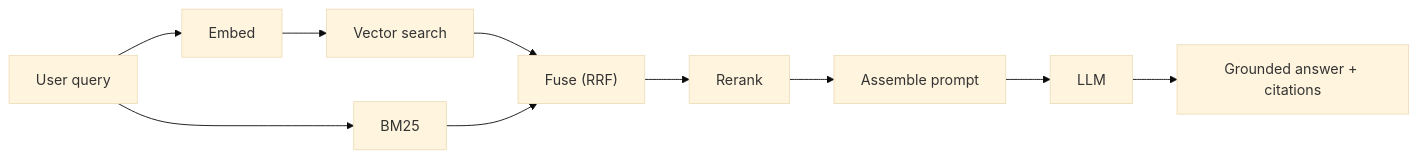
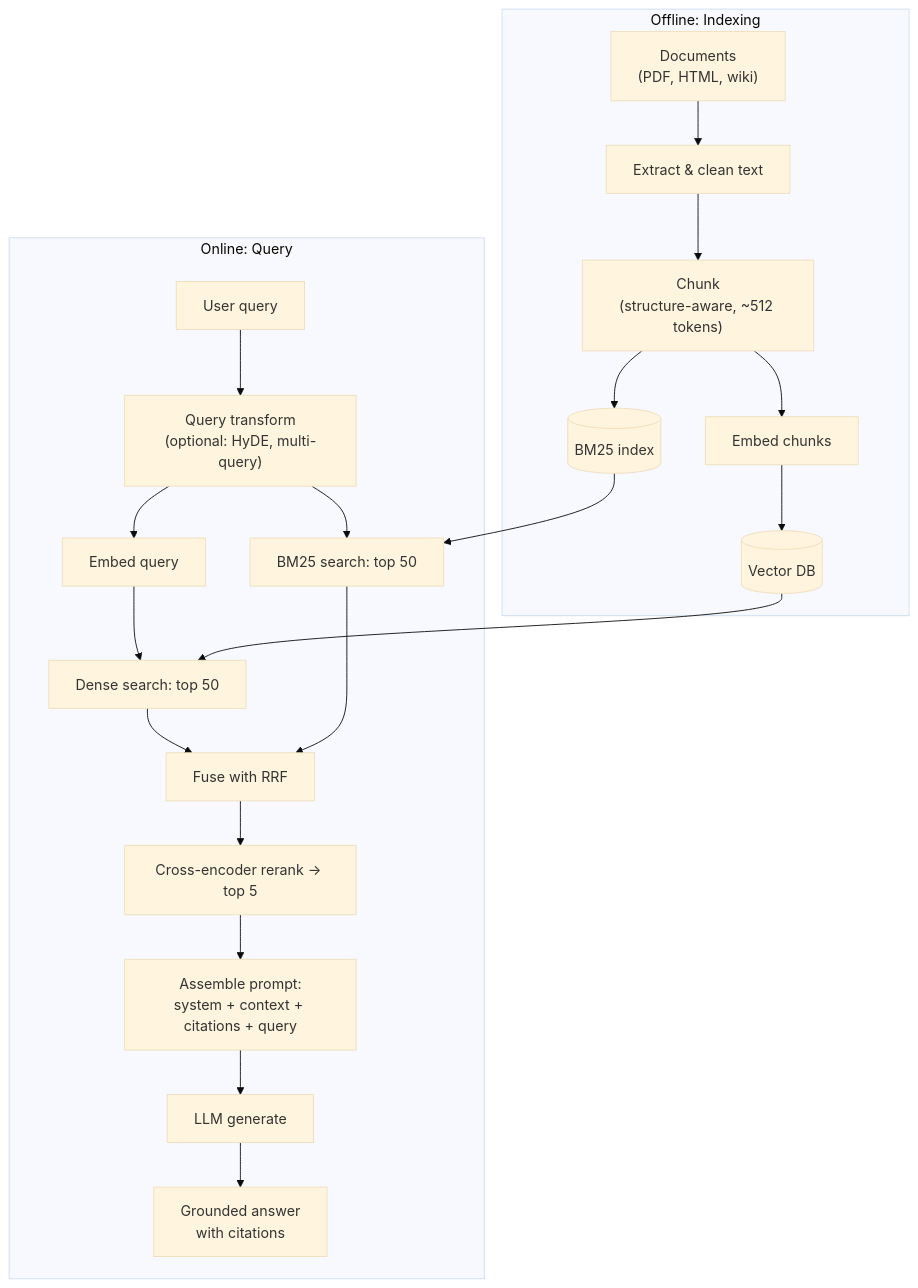
One commit to ABHIRAM3007/itp changed the first of 2 diagrams in roadmap/phase-3-nlp-llm/09-rag.md. Above: the diagram before and after it, drawn with Mermaid (base theme). The commit also changed other lines of this file and 19 other files, not shown here.

````diff
--- a/roadmap/phase-3-nlp-llm/09-rag.md
+++ b/roadmap/phase-3-nlp-llm/09-rag.md
@@ -74,9 +130,24 @@
 ```mermaid
-flowchart LR
-    Q["User query"] --> E["Embed"] --> V["Vector search"]
-    Q --> B["BM25"]
-    V --> F["Fuse (RRF)"] --> R["Rerank"]
-    B --> F
-    R --> P["Assemble prompt"] --> LLM
-    LLM --> A["Grounded answer + citations"]
+flowchart TB
+    subgraph Offline["Offline: Indexing"]
+        D["Documents<br/>(PDF, HTML, wiki)"] --> X["Extract & clean text"]
+        X --> C["Chunk<br/>(structure-aware, ~512 tokens)"]
+        C --> EM["Embed chunks"]
+        EM --> VDB[("Vector DB")]
+        C --> BI[("BM25 index")]
+    end
+    subgraph Online["Online: Query"]
+        Q["User query"] --> QT["Query transform<br/>(optional: HyDE, multi-query)"]
+        QT --> QE["Embed query"]
+        QE --> VS["Dense search: top 50"]
+        QT --> BS["BM25 search: top 50"]
+        VDB --> VS
+        BI --> BS
+        VS --> F["Fuse with RRF"]
+        BS --> F
+        F --> RR["Cross-encoder rerank → top 5"]
+        RR --> P["Assemble prompt:<br/>system + context + citations + query"]
+        P --> LLM["LLM generate"]
+        LLM --> A["Grounded answer<br/>with citations"]
+    end
 ```
````
